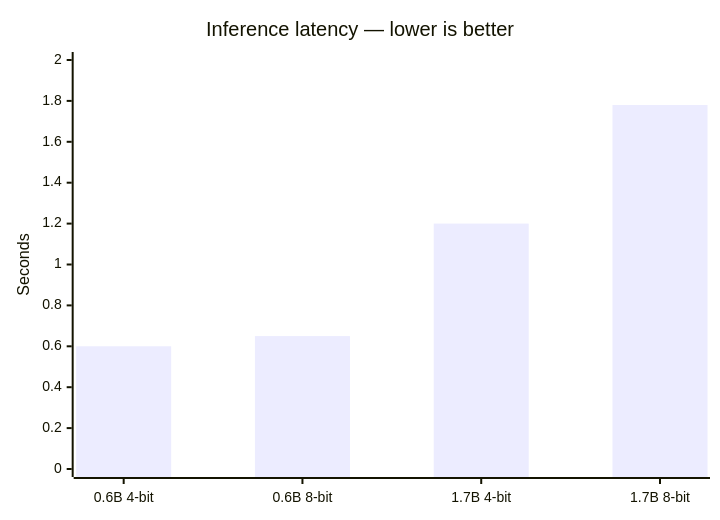
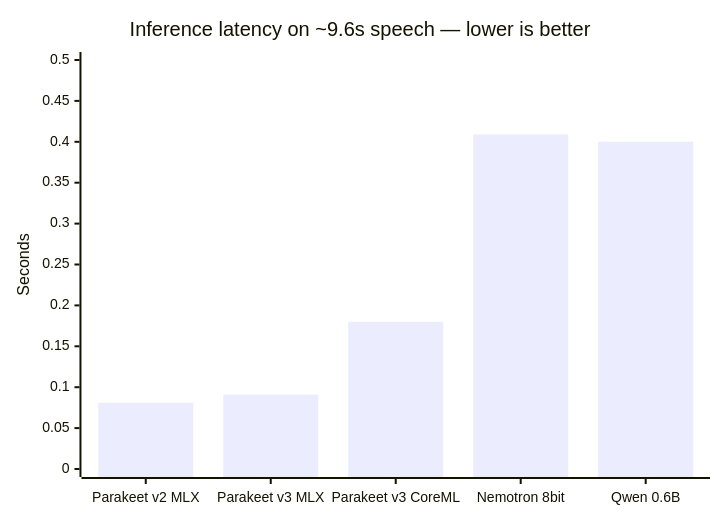
One commit to vasanthsreeram/macwispr changed the diagram in README.md. Above: the diagram before and after it, drawn with Mermaid. The commit also changed other lines of this file and 29 other files, not shown here.

````diff
--- a/README.md
+++ b/README.md
@@ -139,7 +190,7 @@
 ```mermaid
 xychart-beta
-    title "Inference latency — lower is better"
-    x-axis ["0.6B 4-bit", "0.6B 8-bit", "1.7B 4-bit", "1.7B 8-bit"]
-    y-axis "Seconds" 0 --> 2
-    bar [0.60, 0.65, 1.20, 1.78]
+    title "Inference latency on ~9.6s speech — lower is better"
+    x-axis ["Parakeet v2 MLX", "Parakeet v3 MLX", "Parakeet v3 CoreML", "Nemotron 8bit", "Qwen 0.6B"]
+    y-axis "Seconds" 0 --> 0.5
+    bar [0.081, 0.091, 0.18, 0.409, 0.40]
 ```
````
